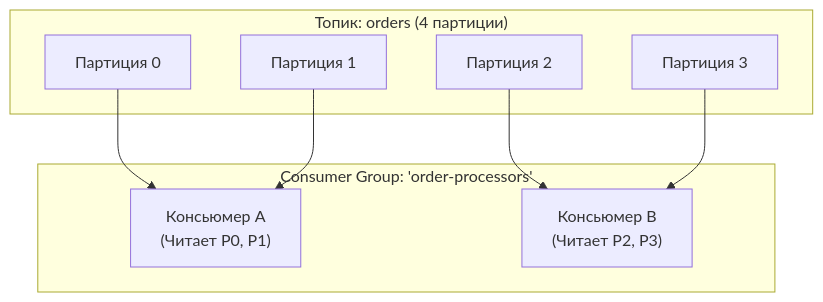
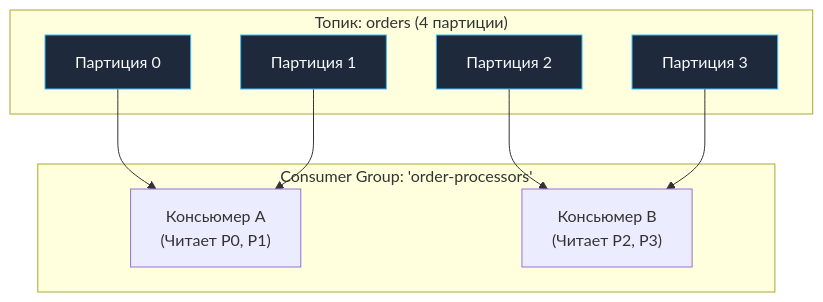
The first of 5 diagrams in sources/13. Очереди, брокеры сообщений и оркестраторы/03. Kafka/4. Consumer groups.md (UnrealTemplier/go-textbook), drawn with Mermaid before and after one commit. The commit also changed other lines of this file and 1666 other files, not shown here.

First line of the commit message:
feat(mermaid): add semantic color classDef to 1369 colorless flowchart/graph diagrams

````diff
--- a/sources/13. Очереди, брокеры сообщений и оркестраторы/03. Kafka/4. Consumer groups.md
+++ b/sources/13. Очереди, брокеры сообщений и оркестраторы/03. Kafka/4. Consumer groups.md
@@ -17,19 +17,29 @@
 ```mermaid
 flowchart TD
+    classDef process  fill:#1e293b,stroke:#38bdf8,stroke-width:1px,color:#f8fafc
+    classDef success  fill:#064e3b,stroke:#34d399,stroke-width:1px,color:#f8fafc
+    classDef error    fill:#7f1d1d,stroke:#f87171,stroke-width:1px,color:#f8fafc
+    classDef warning  fill:#78350f,stroke:#fbbf24,stroke-width:1px,color:#f8fafc
+    classDef entry    fill:#1e3a5f,stroke:#38bdf8,stroke-width:2px,color:#f8fafc
+    classDef aux      fill:#334155,stroke:#64748b,stroke-width:1px,color:#f8fafc
+    classDef system   fill:#312e81,stroke:#a78bfa,stroke-width:1px,color:#f8fafc
+    classDef data     fill:#132d29,stroke:#2dd4bf,stroke-width:1px,color:#f8fafc
+    classDef network  fill:#881337,stroke:#fb7185,stroke-width:1px,color:#f8fafc
+    classDef accent   fill:#1e1b4b,stroke:#818cf8,stroke-width:1px,color:#f8fafc
     subgraph Topic["Топик: orders (4 партиции)"]
-        P0["Партиция 0"]
-        P1["Партиция 1"]
-        P2["Партиция 2"]
-        P3["Партиция 3"]
+        P0["Партиция 0"]:::process
+        P1["Партиция 1"]:::process
+        P2["Партиция 2"]:::process
+        P3["Партиция 3"]:::process
     end
 
     subgraph ConsumerGroup["Consumer Group: 'order-processors'"]
         C1["Консьюмер A<br>(Читает P0, P1)"]
         C2["Консьюмер B<br>(Читает P2, P3)"]
     end
 
     P0 --> C1
     P1 --> C1
     P2 --> C2
     P3 --> C2
 ```
````
